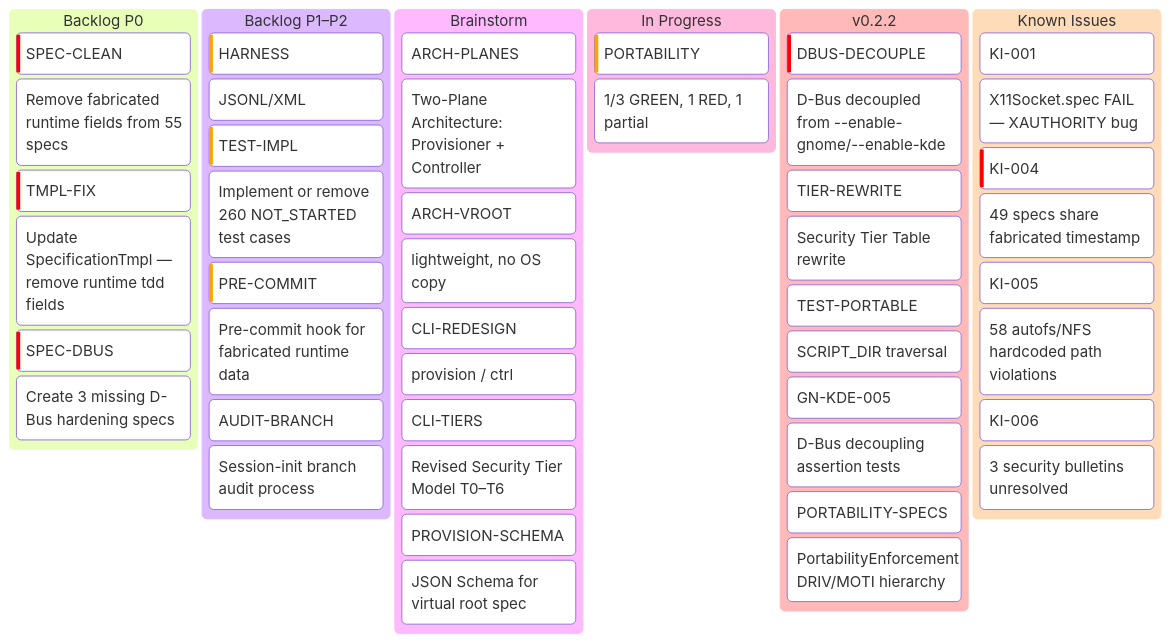
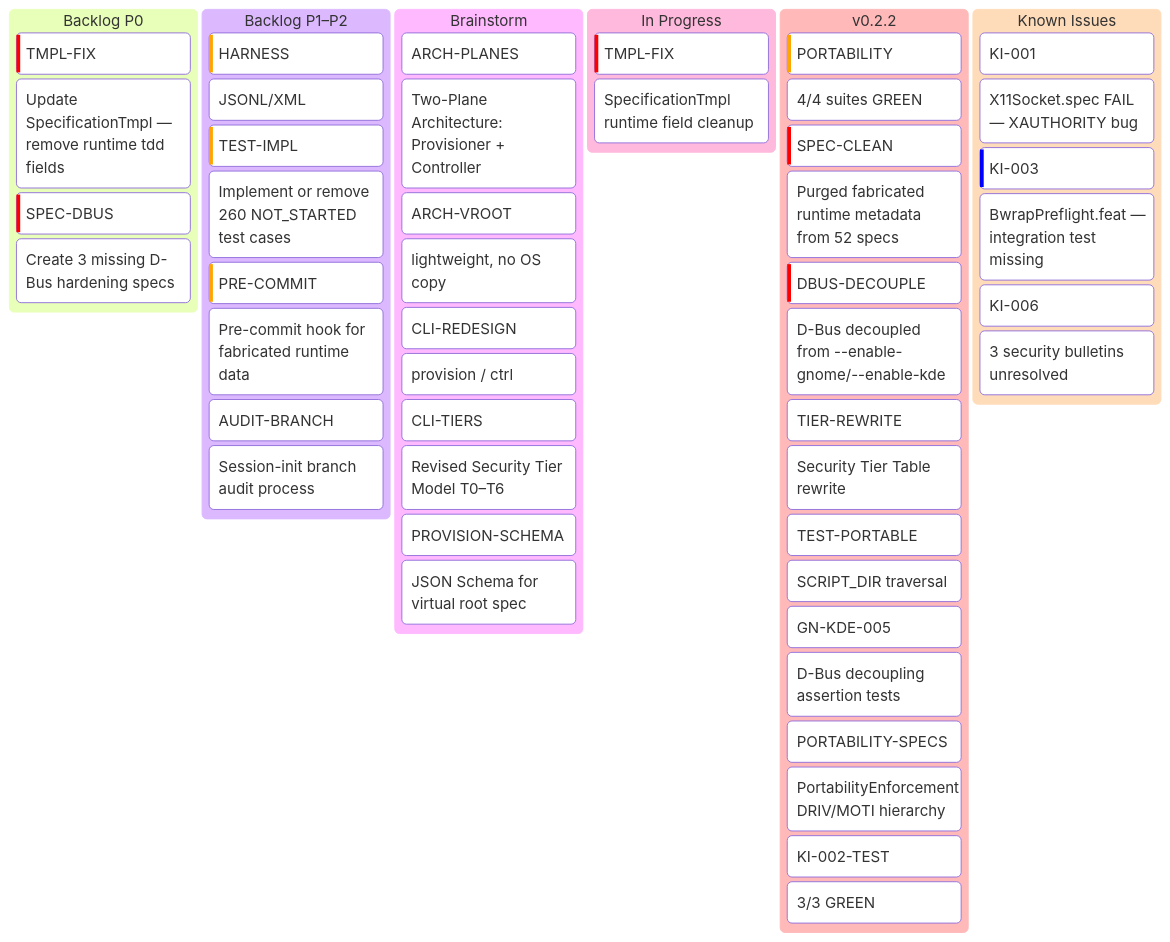
Before and after one commit to hanasaki/hanaden-bwrap-enhanced: the first of 2 diagrams in PROJECT_HOME/docs/20260826-TODO-kanban.md, drawn with Mermaid. The commit also changed other lines of this file and 165 other files, not shown here.

````diff
--- a/PROJECT_HOME/docs/20260826-TODO-kanban.md
+++ b/PROJECT_HOME/docs/20260826-TODO-kanban.md
@@ -12,63 +26,65 @@
 ```mermaid
 ---
 config:
   kanban:
     ticketBaseUrl: ''
 ---
 kanban
   Backlog P0
-    SPEC-CLEAN@{ priority: 'Very High' }
-      Remove fabricated runtime fields from 55 specs
     TMPL-FIX@{ priority: 'Very High' }
       Update SpecificationTmpl — remove runtime tdd fields
     SPEC-DBUS@{ priority: 'Very High' }
       Create 3 missing D-Bus hardening specs
 
   Backlog P1–P2
     HARNESS@{ priority: 'High' }
       Design test harness output format (JSONL/XML)
     TEST-IMPL@{ priority: 'High' }
       Implement or remove 260 NOT_STARTED test cases
     PRE-COMMIT@{ priority: 'High' }
       Pre-commit hook for fabricated runtime data
     AUDIT-BRANCH@{ priority: 'Medium' }
       Session-init branch audit process
 
   Planned (Brainstorm)
     ARCH-PLANES
       Two-Plane Architecture: Provisioner + Controller
     ARCH-VROOT
       Virtual Root Overlay Model (lightweight, no OS copy)
     CLI-REDESIGN
       Module subcommand redesign (provision / ctrl)
     CLI-TIERS
       Revised Security Tier Model T0–T6
     PROVISION-SCHEMA
       JSON Schema for virtual root spec
 
   In Progress
-    PORTABILITY@{ priority: 'High' }
-      HostCoupledDevelopment driver sweep (1/3 GREEN, 1 RED, 1 partial)
+    TMPL-FIX@{ priority: 'Very High' }
+      SpecificationTmpl runtime field cleanup
 
   Done (v0.2.2)
+    PORTABILITY@{ priority: 'High' }
+      HostCoupledDevelopment sweep (4/4 suites GREEN)
+    SPEC-CLEAN@{ priority: 'Very High' }
+      Purged fabricated runtime metadata from 52 specs
     DBUS-DECOUPLE@{ priority: 'Very High' }
       D-Bus decoupled from --enable-gnome/--enable-kde
     TIER-REWRITE
       Security Tier Table rewrite
     TEST-PORTABLE
       Test path portability (SCRIPT_DIR traversal)
     GN-KDE-005
       D-Bus decoupling assertion tests
     PORTABILITY-SPECS
       PortabilityEnforcement DRIV/MOTI hierarchy
+    KI-002-TEST
+      SandboxExecEngine.arch test implemented (3/3 GREEN)
 
   Known Issues
     KI-001@{ priority: 'Medium' }
       X11Socket.spec FAIL — XAUTHORITY bug
-    KI-004@{ priority: 'Very High' }
-      49 specs share fabricated timestamp
-    KI-005@{ priority: 'Medium' }
-      58 autofs/NFS hardcoded path violations
+    KI-003@{ priority: 'Low' }
+      BwrapPreflight.feat — integration test missing
     KI-006@{ priority: 'Medium' }
       3 security bulletins unresolved
 ```
````
